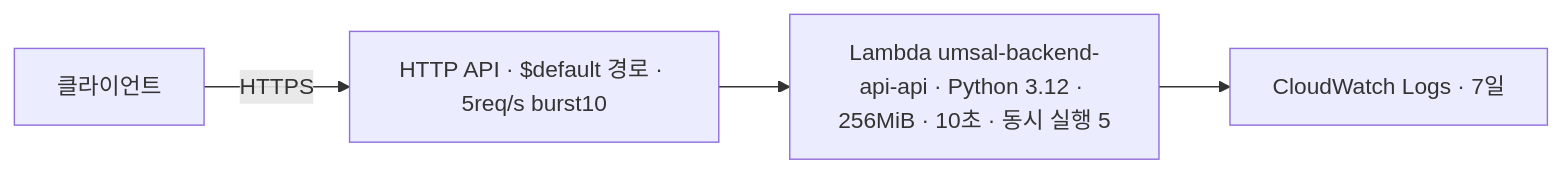
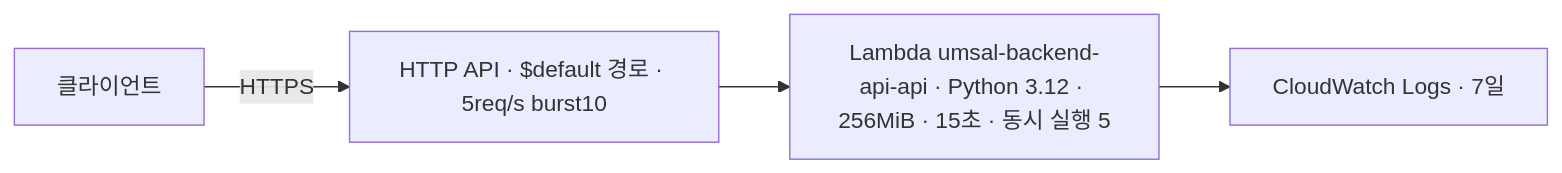
The diagram in docs/aws-deployment.md (Advanced-AI-Leadership-Project/umsal-backend), drawn with Mermaid before and after one commit. The commit also changed other lines of this file and 2 other files, not shown here.

````diff
--- a/docs/aws-deployment.md
+++ b/docs/aws-deployment.md
@@ -7,6 +7,6 @@
 ```mermaid
 flowchart LR
   Client[클라이언트] -->|HTTPS| API[HTTP API · $default 경로 · 5req/s burst10]
-  API --> Lambda[Lambda umsal-backend-api-api · Python 3.12 · 256MiB · 10초 · 동시 실행 5]
+  API --> Lambda[Lambda umsal-backend-api-api · Python 3.12 · 256MiB · 15초 · 동시 실행 5]
   Lambda --> Logs[CloudWatch Logs · 7일]
 ```
````
